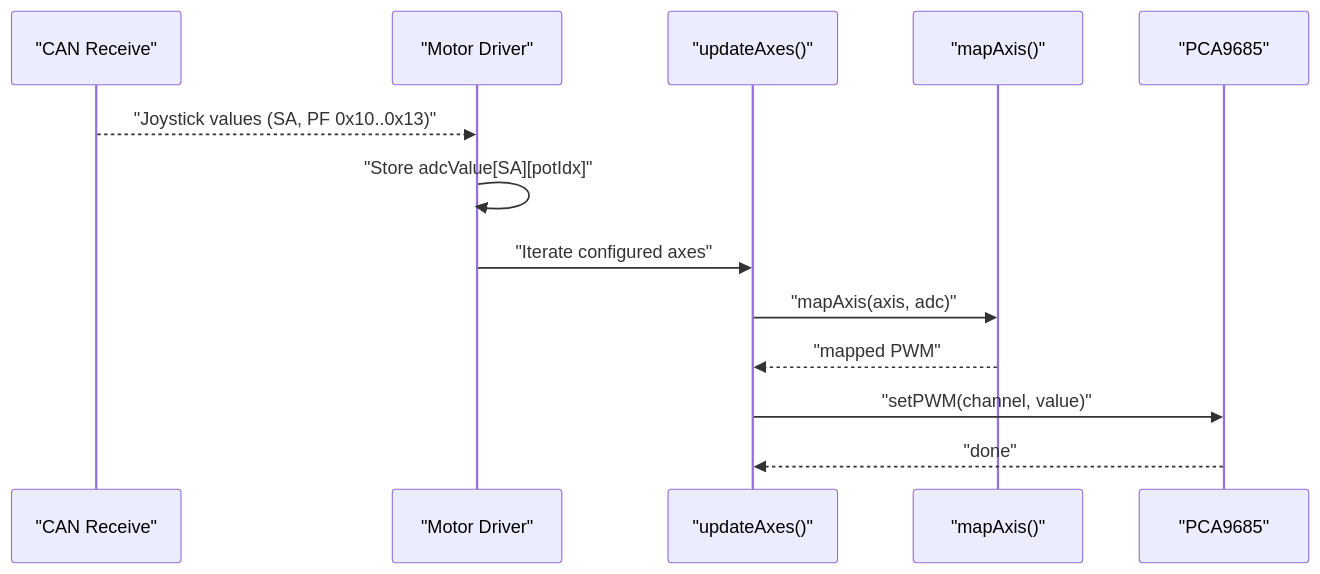
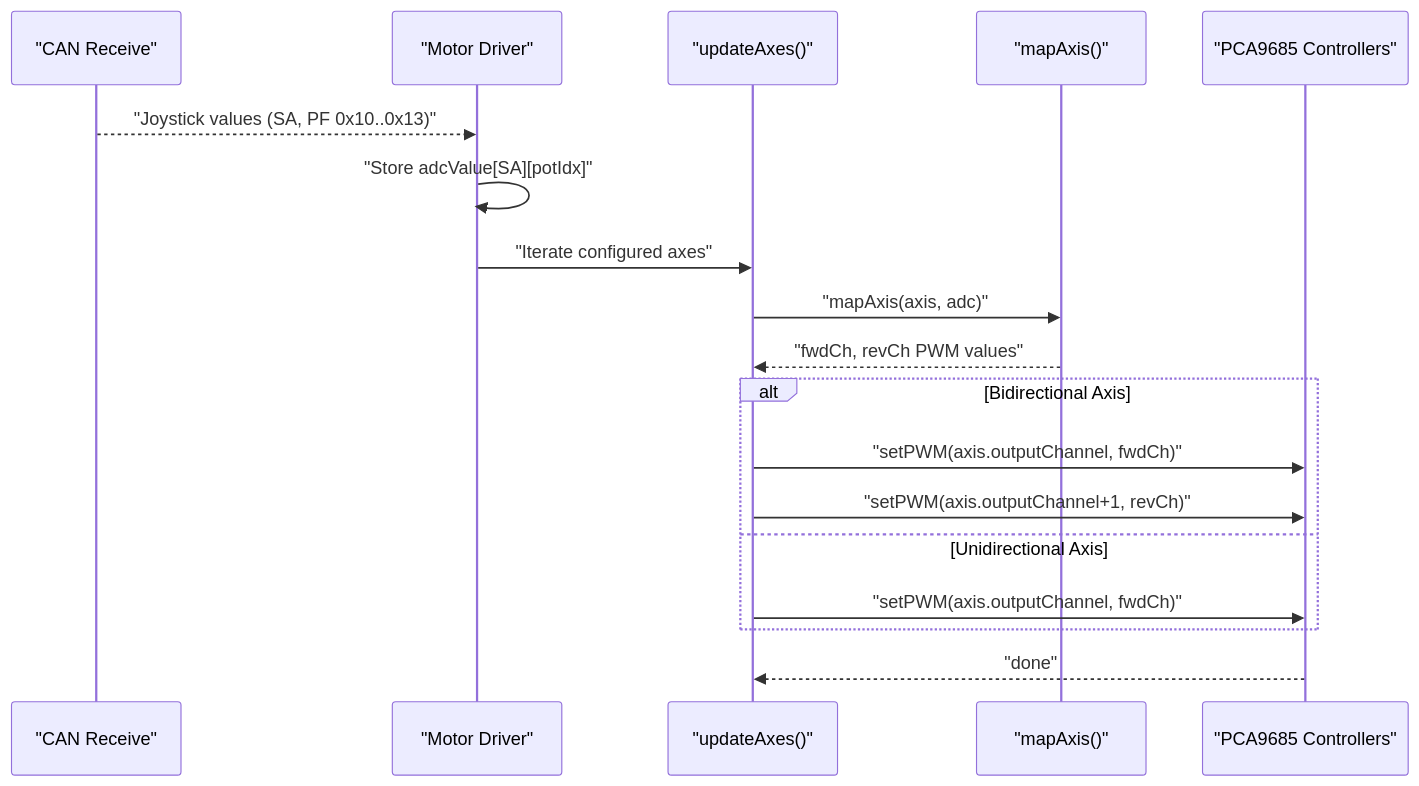
Before and after one commit to gunicsba/ESP_CAN_ECU_joystick_collection: the fourth of 5 diagrams in .qoder/repowiki/en/content/ECU Implementations/Motor Driver ECU/PWM Mapping Algorithm.md, drawn with Mermaid. The commit also changed other lines of this file and 11 other files, not shown here.

````diff
--- a/.qoder/repowiki/en/content/ECU Implementations/Motor Driver ECU/PWM Mapping Algorithm.md
+++ b/.qoder/repowiki/en/content/ECU Implementations/Motor Driver ECU/PWM Mapping Algorithm.md
@@ -175,15 +241,20 @@
 ```mermaid
 sequenceDiagram
 participant CAN as "CAN Receive"
 participant MD as "Motor Driver"
 participant AX as "updateAxes()"
 participant MAP as "mapAxis()"
-participant PWM as "PCA9685"
+participant PWM as "PCA9685 Controllers"
 CAN-->>MD : "Joystick values (SA, PF 0x10..0x13)"
 MD->>MD : "Store adcValue[SA][potIdx]"
 MD->>AX : "Iterate configured axes"
 AX->>MAP : "mapAxis(axis, adc)"
-MAP-->>AX : "mapped PWM"
-AX->>PWM : "setPWM(channel, value)"
+MAP-->>AX : "fwdCh, revCh PWM values"
+alt Bidirectional Axis
+AX->>PWM : "setPWM(axis.outputChannel, fwdCh)"
+AX->>PWM : "setPWM(axis.outputChannel+1, revCh)"
+else Unidirectional Axis
+AX->>PWM : "setPWM(axis.outputChannel, fwdCh)"
+end
 PWM-->>AX : "done"
 ```
````
